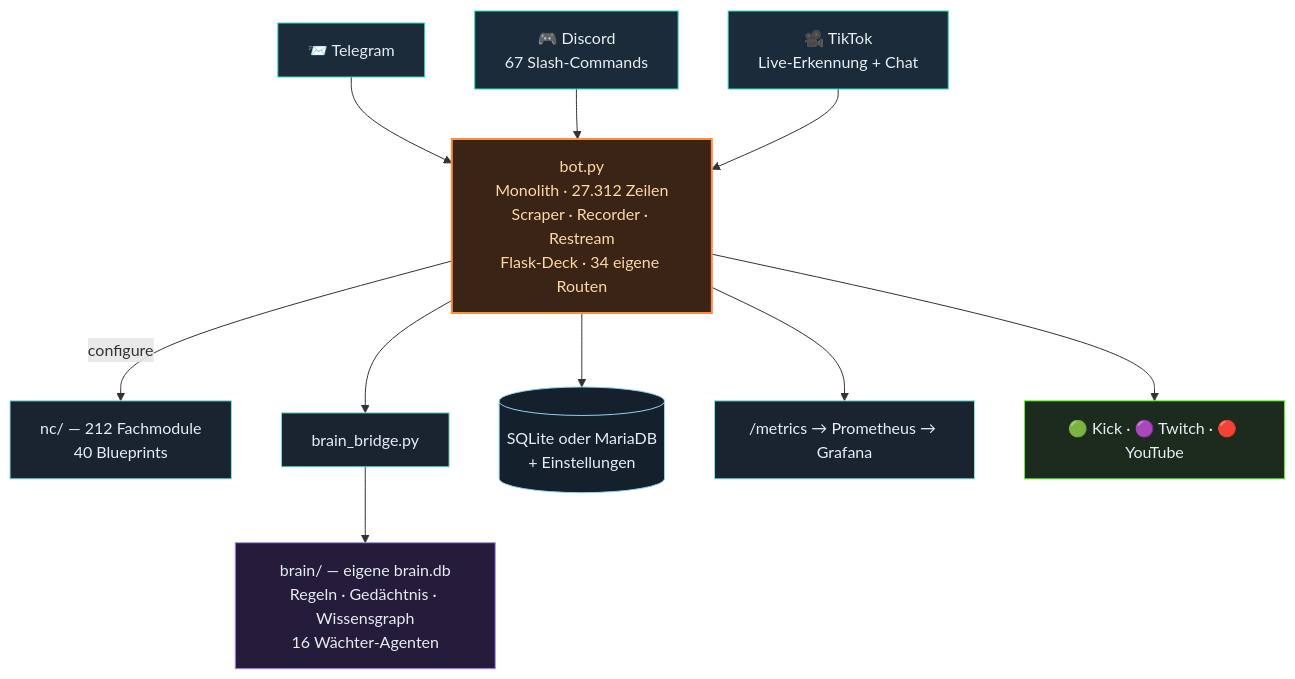
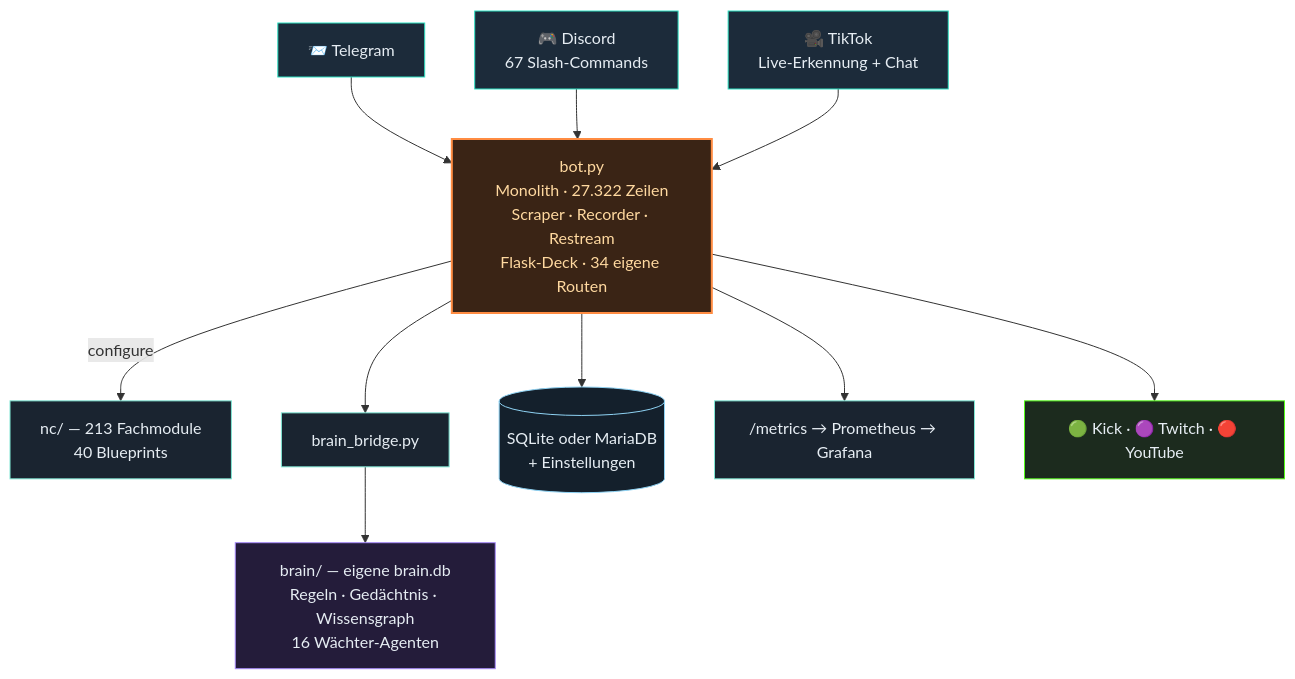
One commit to itsamemedev/Telegram-Stream-Info-Bot changed the second of 3 diagrams in README.md. Above: the diagram before and after it, drawn with Mermaid. The commit also changed other lines of this file and 14 other files, not shown here.

````diff
--- a/README.md
+++ b/README.md
@@ -118,19 +118,19 @@
 ```mermaid
 flowchart TB
     TG["📨 Telegram"]:::ein --> BOT
     DC["🎮 Discord<br/>67 Slash-Commands"]:::ein --> BOT
     TT["🎥 TikTok<br/>Live-Erkennung + Chat"]:::ein --> BOT
-    BOT["bot.py<br/>Monolith · 27.312 Zeilen<br/>Scraper · Recorder · Restream<br/>Flask-Deck · 34 eigene Routen"]:::core
-    BOT -->|configure| NC["nc/ — 212 Fachmodule<br/>40 Blueprints"]:::lib
+    BOT["bot.py<br/>Monolith · 27.322 Zeilen<br/>Scraper · Recorder · Restream<br/>Flask-Deck · 34 eigene Routen"]:::core
+    BOT -->|configure| NC["nc/ — 213 Fachmodule<br/>40 Blueprints"]:::lib
     BOT --> BR["brain_bridge.py"]:::lib
     BR --> BRAIN["brain/ — eigene brain.db<br/>Regeln · Gedächtnis · Wissensgraph<br/>16 Wächter-Agenten"]:::brain
     BOT --> DB[("SQLite oder MariaDB<br/>+ Einstellungen")]:::db
     BOT --> PROM["/metrics → Prometheus → Grafana"]:::lib
     BOT --> OUT["🟢 Kick · 🟣 Twitch · 🔴 YouTube"]:::out
     classDef ein fill:#1c2b3a,stroke:#2de1c2,color:#e6edf3
     classDef core fill:#3a2415,stroke:#ff8c42,stroke-width:2px,color:#ffd9a0
     classDef lib fill:#1a2430,stroke:#7fe7d4,color:#e6edf3
     classDef brain fill:#241c3a,stroke:#a78bfa,color:#e6edf3
     classDef db fill:#14202c,stroke:#8fd3f4,color:#e6edf3
     classDef out fill:#1c2b1e,stroke:#53fc18,color:#e6edf3
 ```
````
